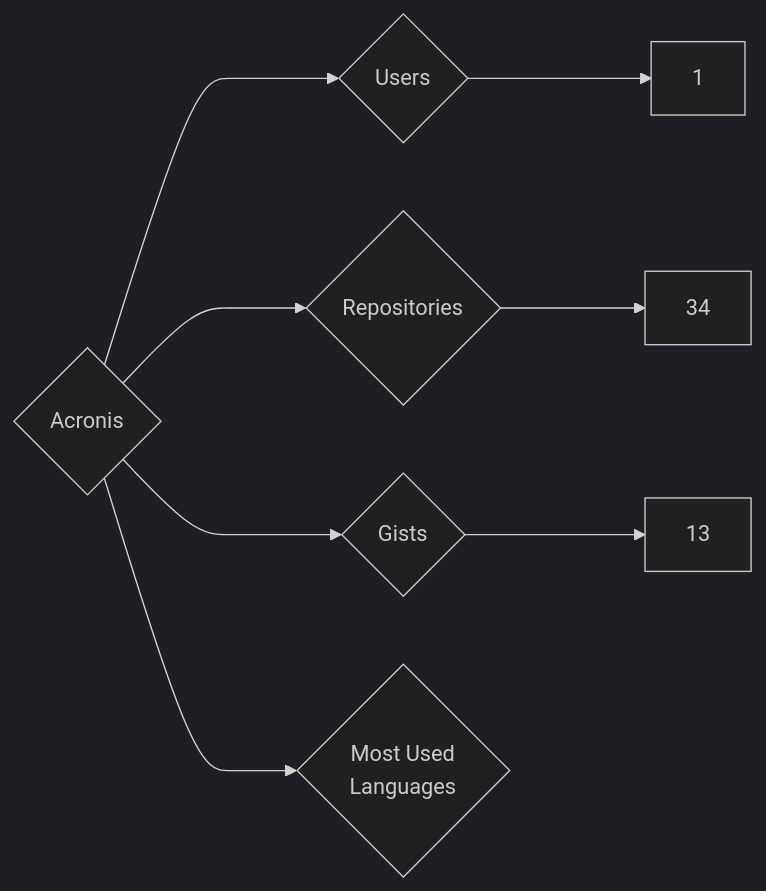
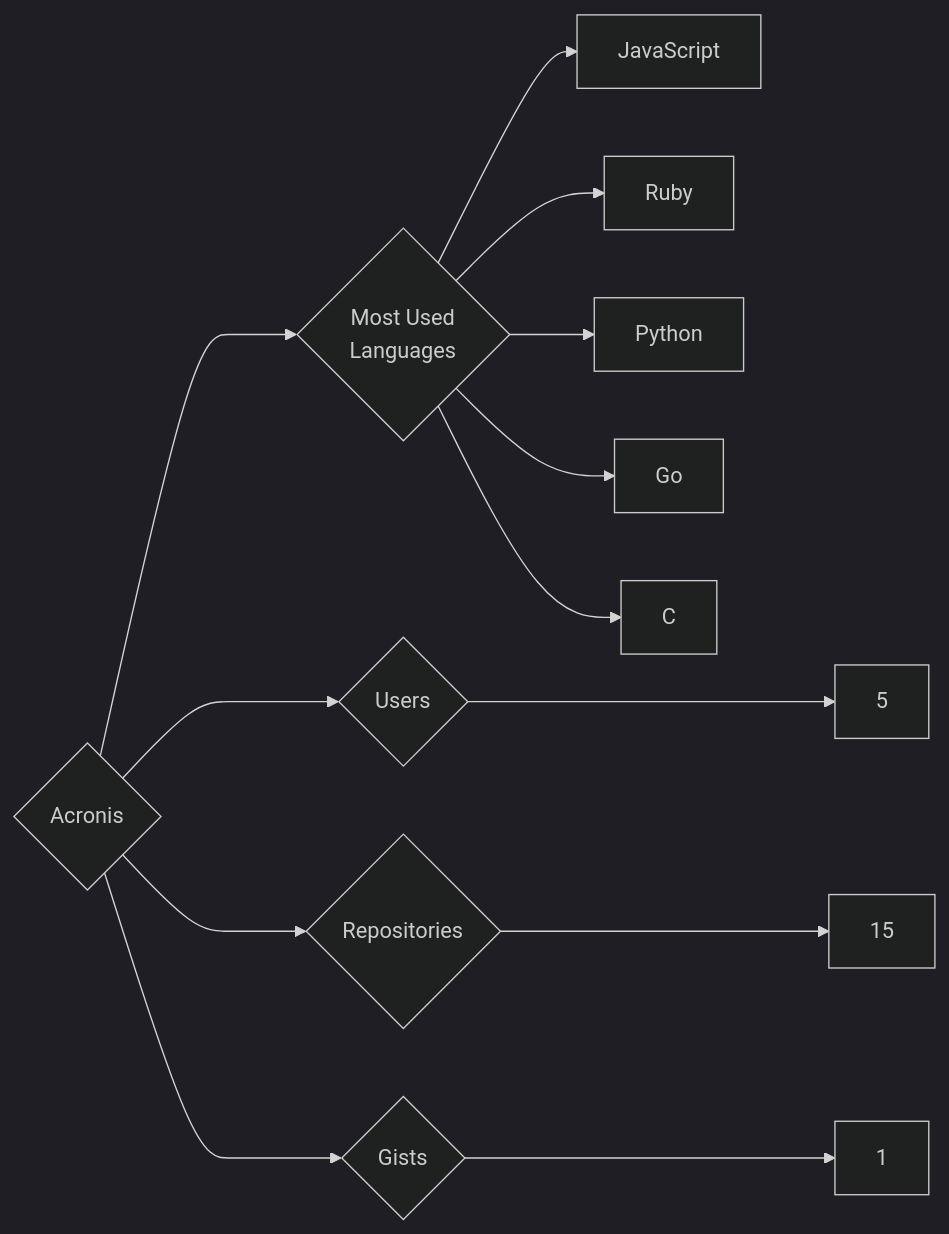
One commit to trickest/insiders changed the diagram in targets/Acronis/README.md. Above: the diagram before and after it, drawn with Mermaid (dark theme). The commit also changed 1141 other files, not shown here.

````diff
--- a/targets/Acronis/README.md
+++ b/targets/Acronis/README.md
@@ -3,8 +3,13 @@
 ```mermaid
 graph LR
 COMPANY_NAME{Acronis}
-COMPANY_NAME ---> U{Users} ---> UN[1]
-COMPANY_NAME ---> R{Repositories} ---> RN[34]
-COMPANY_NAME ---> G{Gists} ---> GN[13]
+COMPANY_NAME ---> U{Users} ---> UN[5]
+COMPANY_NAME ---> R{Repositories} ---> RN[15]
+COMPANY_NAME ---> G{Gists} ---> GN[1]
 COMPANY_NAME ---> ML{Most Used<br>Languages}
+ML --> JavaScript[JavaScript]
+ML --> Ruby[Ruby]
+ML --> Python[Python]
+ML --> Go[Go]
+ML --> C[C]
 ```
````
